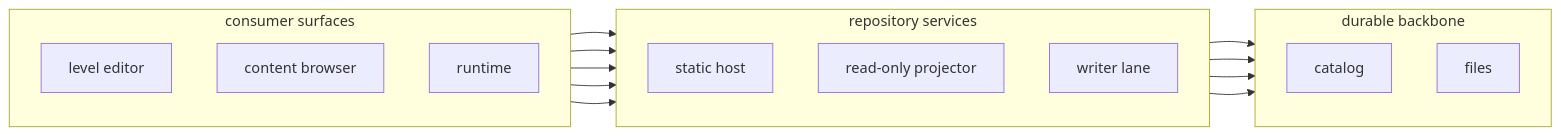
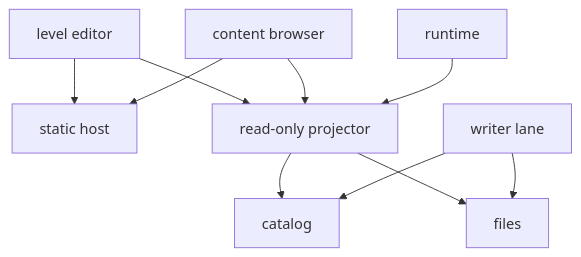
Before and after one commit to jonasferagen/agent-skills: diagram 12 of 12 in collections/project-foundation/skills/diagrams-and-tables/references/worked-examples.md, drawn with Mermaid. The commit also changed other lines of this file and 8 other files, not shown here.

````diff
--- a/collections/project-foundation/skills/diagrams-and-tables/references/worked-examples.md
+++ b/collections/project-foundation/skills/diagrams-and-tables/references/worked-examples.md
@@ -254,29 +236,20 @@
 ```mermaid
-flowchart LR
-  subgraph Surfaces [consumer surfaces]
-    direction TB
+flowchart TB
     E0["level editor"]
     E1["content browser"]
     E2["runtime"]
-  end
-  subgraph Services [repository services]
-    direction TB
     S0["static host"]
     S1["read-only projector"]
     S2["writer lane"]
-  end
-  subgraph Backbone [durable backbone]
-    direction TB
     B0["catalog"]
     B1["files"]
-  end
   E0 --> S0
   E0 --> S1
   E1 --> S0
   E1 --> S1
   E2 --> S1
   S1 --> B0
   S1 --> B1
   S2 --> B0
   S2 --> B1
 ```
````
